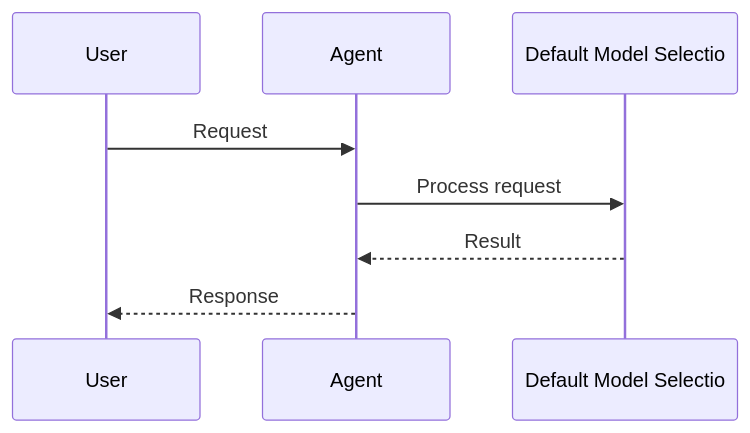
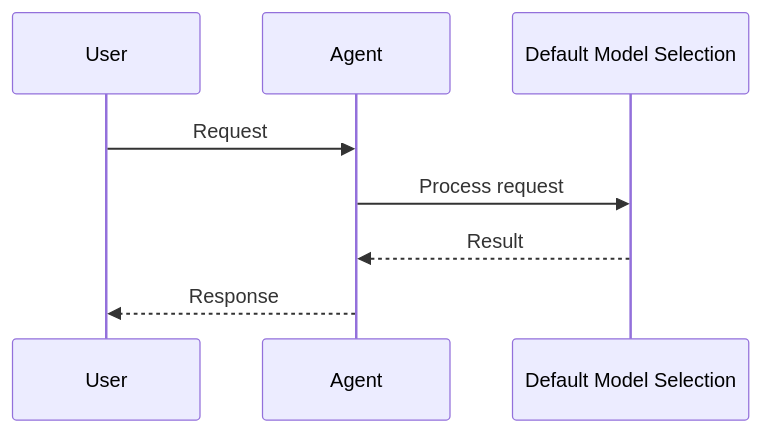
Before and after one commit to MervinPraison/PraisonAIDocs: the second of 5 diagrams in docs/features/default-model-selection.mdx, drawn with Mermaid. The commit also changed other lines of this file and 45 other files, not shown here.

First line of the commit message:
docs: fix truncated Mermaid diagram feature names (22-char cutoff)

````diff
--- a/docs/features/default-model-selection.mdx
+++ b/docs/features/default-model-selection.mdx
@@ -27,11 +27,11 @@
 ```mermaid
 sequenceDiagram
     participant User
     participant Agent
-    participant Feature as Default Model Selectio
+    participant Feature as Default Model Selection
 
     User->>Agent: Request
     Agent->>Feature: Process request
     Feature-->>Agent: Result
     Agent-->>User: Response
 ```
````
